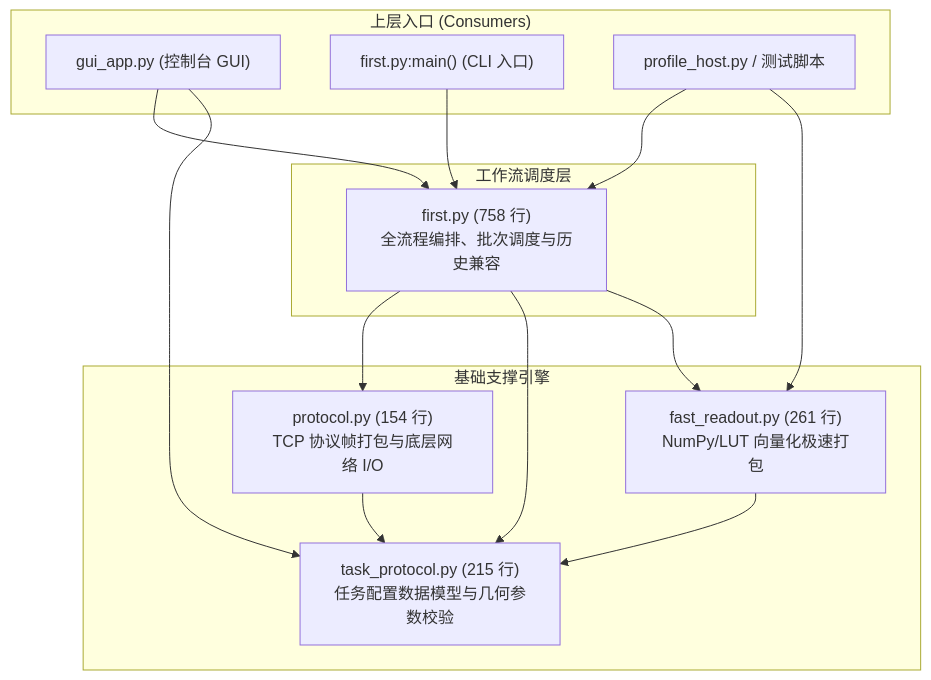
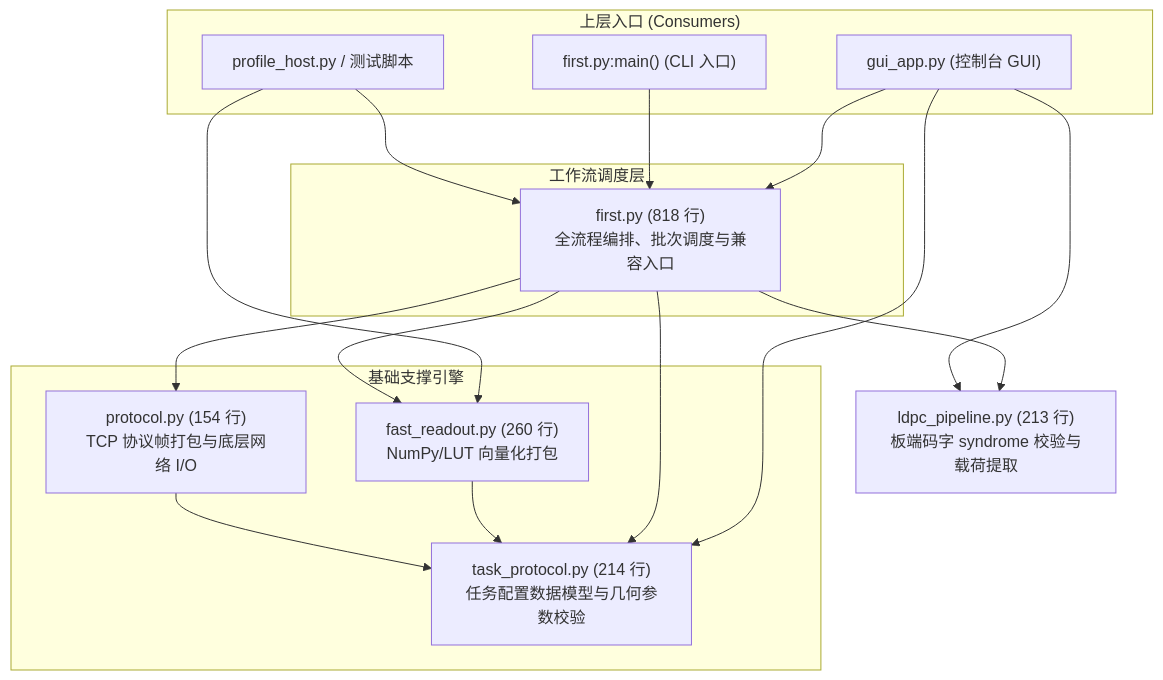
The diagram in docs/reference/client-module-map.md (Lucian-ming/FPGA-acceleration-system-of-data-readout-for-DNA-information-storage), drawn with Mermaid before and after one commit. The commit also changed other lines of this file and 7 other files, not shown here.

````diff
--- a/docs/reference/client-module-map.md
+++ b/docs/reference/client-module-map.md
@@ -14,30 +15,34 @@
 ```mermaid
 flowchart TD
     subgraph UI_And_CLI["上层入口 (Consumers)"]
         GUI["gui_app.py (控制台 GUI)"]
         CLI["first.py:main() (CLI 入口)"]
         BENCH["profile_host.py / 测试脚本"]
     end
 
     subgraph Orchestrator["工作流调度层"]
-        FIRST["first.py (758 行)<br/>全流程编排、批次调度与历史兼容"]
+        FIRST["first.py (818 行)<br/>全流程编排、批次调度与兼容入口"]
     end
 
     subgraph Core_Engines["基础支撑引擎"]
-        FAST["fast_readout.py (261 行)<br/>NumPy/LUT 向量化极速打包"]
+        FAST["fast_readout.py (260 行)<br/>NumPy/LUT 向量化打包"]
         PROTO["protocol.py (154 行)<br/>TCP 协议帧打包与底层网络 I/O"]
-        TASK["task_protocol.py (215 行)<br/>任务配置数据模型与几何参数校验"]
+        TASK["task_protocol.py (214 行)<br/>任务配置数据模型与几何参数校验"]
     end
+
+    VERIFY["ldpc_pipeline.py (213 行)<br/>板端码字 syndrome 校验与载荷提取"]
 
     GUI --> FIRST
     GUI --> TASK
     CLI --> FIRST
     BENCH --> FIRST
     BENCH --> FAST
 
     FIRST --> PROTO
     FIRST --> TASK
     FIRST --> FAST
     FAST --> TASK
     PROTO --> TASK
+    FIRST --> VERIFY
+    GUI --> VERIFY
 ```
````
